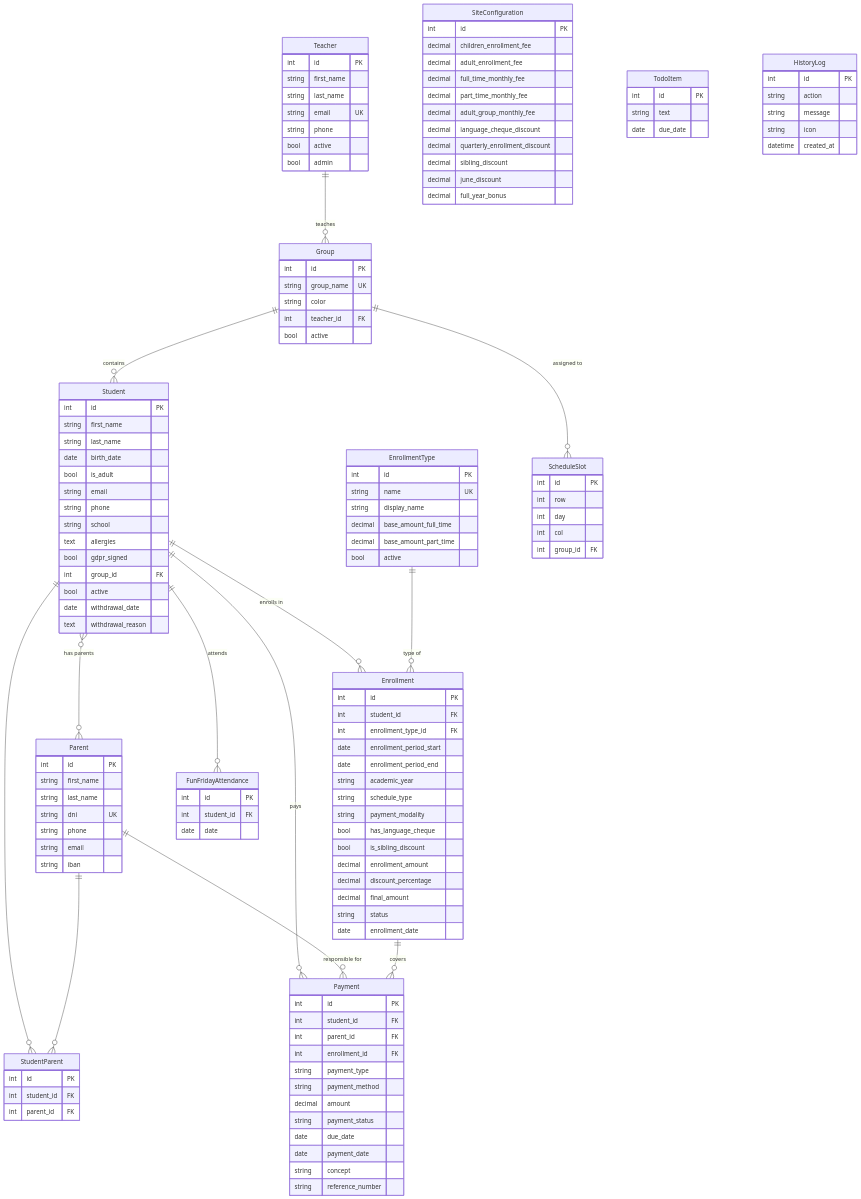
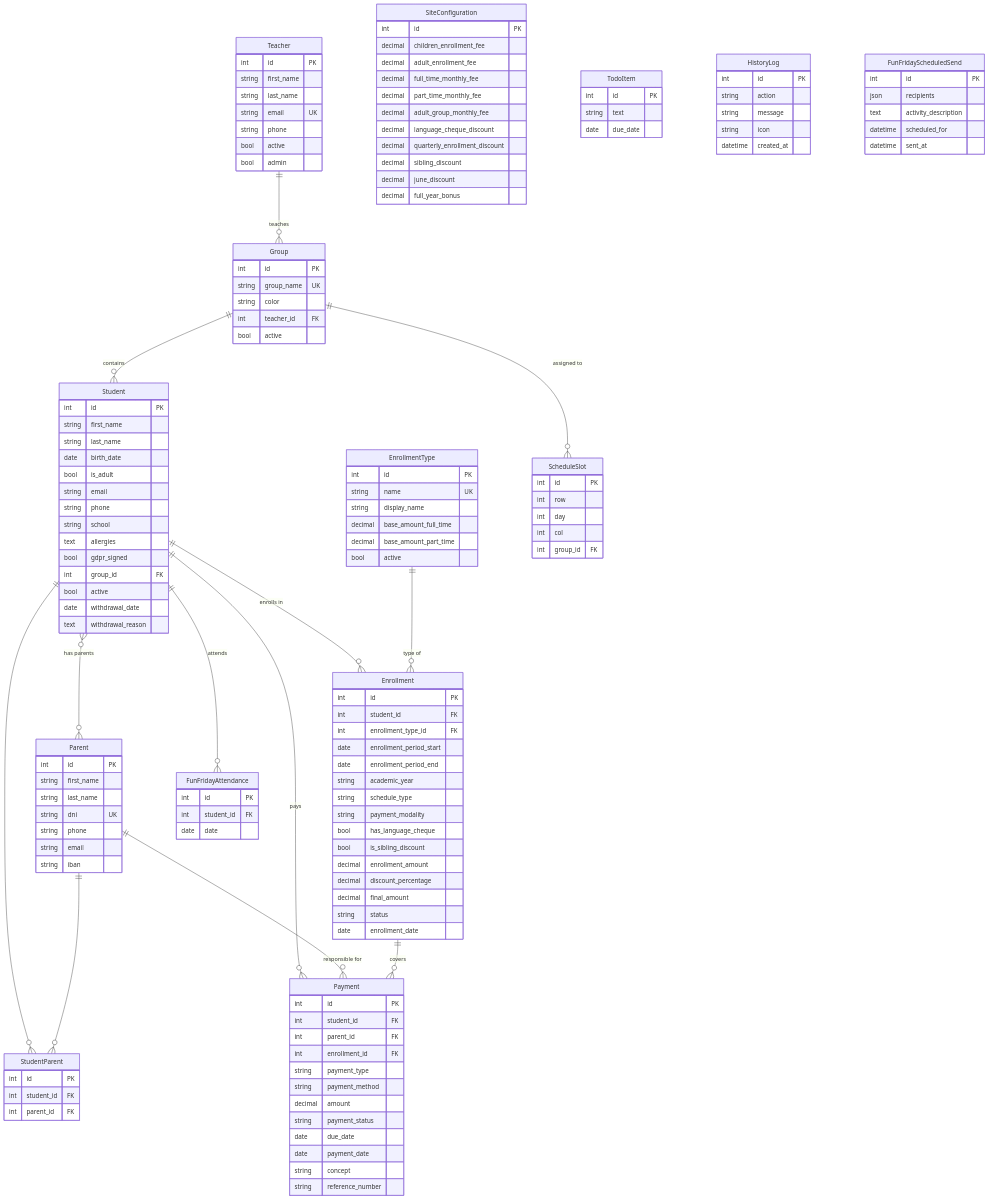
The first of 3 diagrams in README.md (starseeker-code-public/five-a-day), drawn with Mermaid before and after one commit. The commit also changed other lines of this file and 234 other files, not shown here.

```diff
--- a/README.md
+++ b/README.md
@@ -736,6 +1413,14 @@
         date date
     }
 
+    FunFridayScheduledSend {
+        int id PK
+        json recipients
+        text activity_description
+        datetime scheduled_for
+        datetime sent_at
+    }
+
     Teacher ||--o{ Group : "teaches"
     Group ||--o{ Student : "contains"
     Student }o--o{ Parent : "has parents"
```
